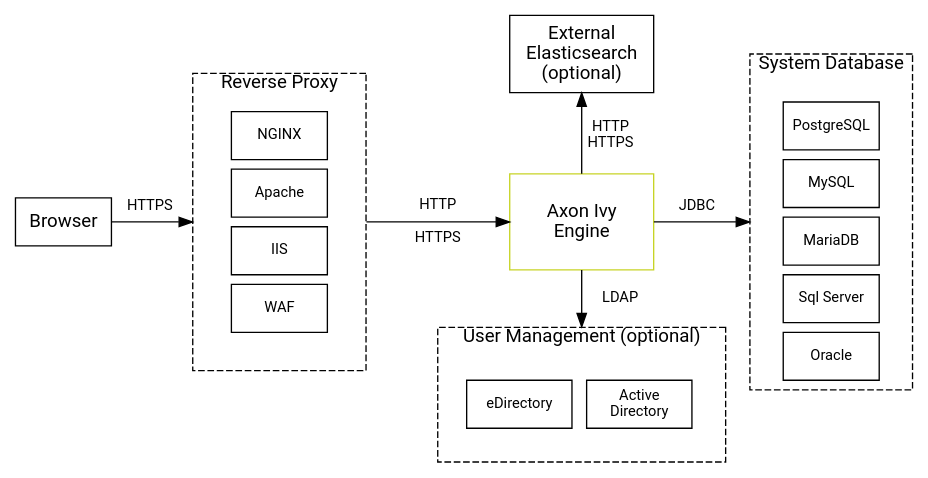
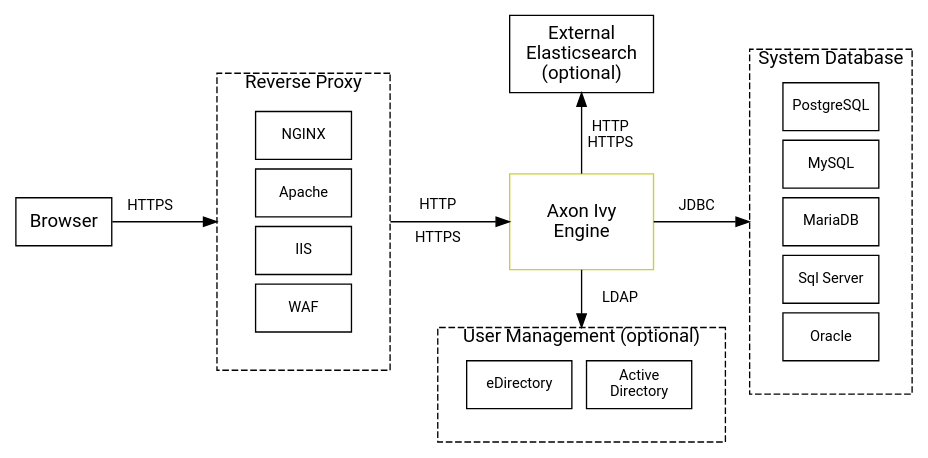
The diagram in source/engine-guide/integration/overview.dot (bernhardAxonIvy/doc), drawn with Graphviz before and after one commit.

Commit message:
XIVY-9206 Improvements for integration overview picture

```diff
--- a/source/engine-guide/integration/overview.dot
+++ b/source/engine-guide/integration/overview.dot
@@ -1,43 +1,43 @@
 digraph overview {
   layout=neato;
   node [shape=box, fontname="Roboto,Helvetica Neue,Arial,sans-serif", fixedsize="true", margin=0]; 
   
   /* nodes */
-  browser [ label="Browser",                          pos="0,2.5!", width="1"];
+  browser         [ label="Browser",                   pos="0,2.5!", width="1"];
 
-  frontendServers [label="Reverse Proxy",             pos="2.25,2.5!", height="3.1", width="1.8", style="dashed", fontcolor="black", labelloc="t"];
-  frontendNginx [label="NGINX",                       pos="2.25,3.4!", height="0.5", width="1.0", fontsize=11];
-  frontendApache [label="Apache",                     pos="2.25,2.8!", height="0.5", width="1.0", fontsize=11];
-  frontendIIS [label="IIS",                           pos="2.25,2.2!", height="0.5", width="1.0", fontsize=11];
-  frontendWAF [label="WAF",                           pos="2.25,1.6!", height="0.5", width="1.0", fontsize=11];
+  frontendServers [label="Reverse Proxy",              pos="2.5,2.5!", height="3.1", width="1.8", style="dashed", fontcolor="black", labelloc="t"];
+  frontendNginx   [label="NGINX",                      pos="2.5,3.4!", height="0.5", width="1.0", fontsize=11];
+  frontendApache  [label="Apache",                     pos="2.5,2.8!", height="0.5", width="1.0", fontsize=11];
+  frontendIIS     [label="IIS",                        pos="2.5,2.2!", height="0.5", width="1.0", fontsize=11];
+  frontendWAF     [label="WAF",                        pos="2.5,1.6!", height="0.5", width="1.0", fontsize=11];
  
-  engine [label="Axon Ivy\nEngine",                   pos="5.40,2.5!", height="1.0", width="1.5", color="#C7D426", fontcolor="black"];
+  engine          [label="Axon Ivy\nEngine",           pos="5.40,2.5!", height="1.0", width="1.5", color="#C7D426", fontcolor="black"];
   
-  userManagement [label="User Management (optional)", pos="5.40,0.7!", height="1.4", width="3.0" style="dashed" fontcolor="black" labelloc="t"];
-  eDirectory [label="eDirectory",                     pos="4.75,0.6!", height="0.5", width="1.1", fontsize=11];
-  activeDirectory [label="Active\nDirectory",         pos="6.00,0.6!", height="0.5", width="1.1", fontsize=11];
+  userManagement  [label="User Management (optional)", pos="5.40,0.8!", height="1.2", width="3.0" style="dashed" fontcolor="black" labelloc="t"];
+  eDirectory      [label="eDirectory",                 pos="4.75,0.8!", height="0.5", width="1.1", fontsize=11];
+  activeDirectory [label="Active\nDirectory",          pos="6.00,0.8!", height="0.5", width="1.1", fontsize=11];
 
-  systemdb [label="System Database",                  pos="8.00,2.5!", height="3.5", width="1.7", style="dashed" fontcolor="black" labelloc="t"]
-  postgres [label="PostgreSQL",                       pos="8.00,3.5!", height="0.5", width="1.0", fontsize=11]
-  mysql [label="MySQL",                               pos="8.00,2.9!", height="0.5", width="1.0", fontsize=11]
-  mariadb [label="MariaDB",                           pos="8.00,2.3!", height="0.5", width="1.0", fontsize=11]
-  mssql [label="Sql Server",                          pos="8.00,1.7!", height="0.5", width="1.0", fontsize=11]
-  oracle [label="Oracle",                             pos="8.00,1.1!", height="0.5", width="1.0", fontsize=11]
+  systemdb        [label="System Database",            pos="8.00,2.5!", height="3.6", width="1.7", style="dashed" fontcolor="black" labelloc="t"]
+  postgres        [label="PostgreSQL",                 pos="8.00,3.7!", height="0.5", width="1.0", fontsize=11]
+  mysql           [label="MySQL",                      pos="8.00,3.1!", height="0.5", width="1.0", fontsize=11]
+  mariadb         [label="MariaDB",                    pos="8.00,2.5!", height="0.5", width="1.0", fontsize=11]
+  mssql           [label="Sql Server",                 pos="8.00,1.9!", height="0.5", width="1.0", fontsize=11]
+  oracle          [label="Oracle",                     pos="8.00,1.3!", height="0.5", width="1.0", fontsize=11]
 
   elasticsearch [ label="External\nElasticsearch\n(optional)", pos="5.4,4.25!", height="0.8" width="1.5"]
 
   /* edges */
   browser -> frontendServers;
   frontendServers -> engine;
   engine -> userManagement;
   engine -> systemdb;
   engine -> elasticsearch;
 
    /* edge labels */  
   browser_frontendServers [ label="HTTPS\n \n ",   pos = "0.9,2.5!", shape=none, fillcolor=none, fontcolor=black, fontsize=11];
   frontendServers_engine [ label="HTTP\n\nHTTPS" , pos = "3.9,2.5!", shape=none, fillcolor=none, fontcolor=black, fontsize=11];
   engine_userManagement [ label="LDAP",            pos = "5.8,1.7!", shape=none, fillcolor=none, fontcolor=black, fontsize=11];
   engine_systemdb [ label="JDBC\n \n ",            pos = "6.6,2.5!", shape=none, fillcolor=none, fontcolor=black, fontsize=11];
   engine_elasticsearch [label="HTTP\nHTTPS",       pos = "5.7,3.4!", shape=none, fillcolor=none, fontcolor=black, fontsize=11];
   
 }
```
